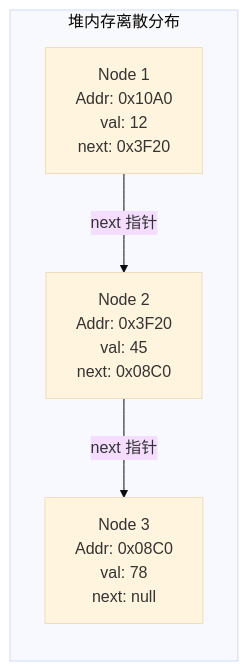
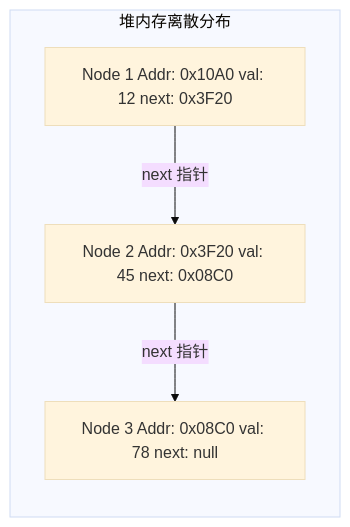
Before and after one commit to GuoWWWX/knowledge-base: the first of 2 diagrams in 30-算法与数据结构/01-数据结构/02-链表.md, drawn with Mermaid (base theme). The commit also changed other lines of this file and 251 other files, not shown here.

````diff
--- a/30-算法与数据结构/01-数据结构/02-链表.md
+++ b/30-算法与数据结构/01-数据结构/02-链表.md
@@ -26,7 +26,7 @@
 ```mermaid
 flowchart LR
     subgraph 堆内存离散分布
-        Node1["Node 1<br/>Addr: 0x10A0<br/>val: 12<br/>next: 0x3F20"] -->|"next 指针"| Node2["Node 2<br/>Addr: 0x3F20<br/>val: 45<br/>next: 0x08C0"]
-        Node2 -->|"next 指针"| Node3["Node 3<br/>Addr: 0x08C0<br/>val: 78<br/>next: null"]
+        Node1["Node 1 Addr: 0x10A0 val: 12 next: 0x3F20"] -->|"next 指针"| Node2["Node 2 Addr: 0x3F20 val: 45 next: 0x08C0"]
+        Node2 -->|"next 指针"| Node3["Node 3 Addr: 0x08C0 val: 78 next: null"]
     end
 ```
````
